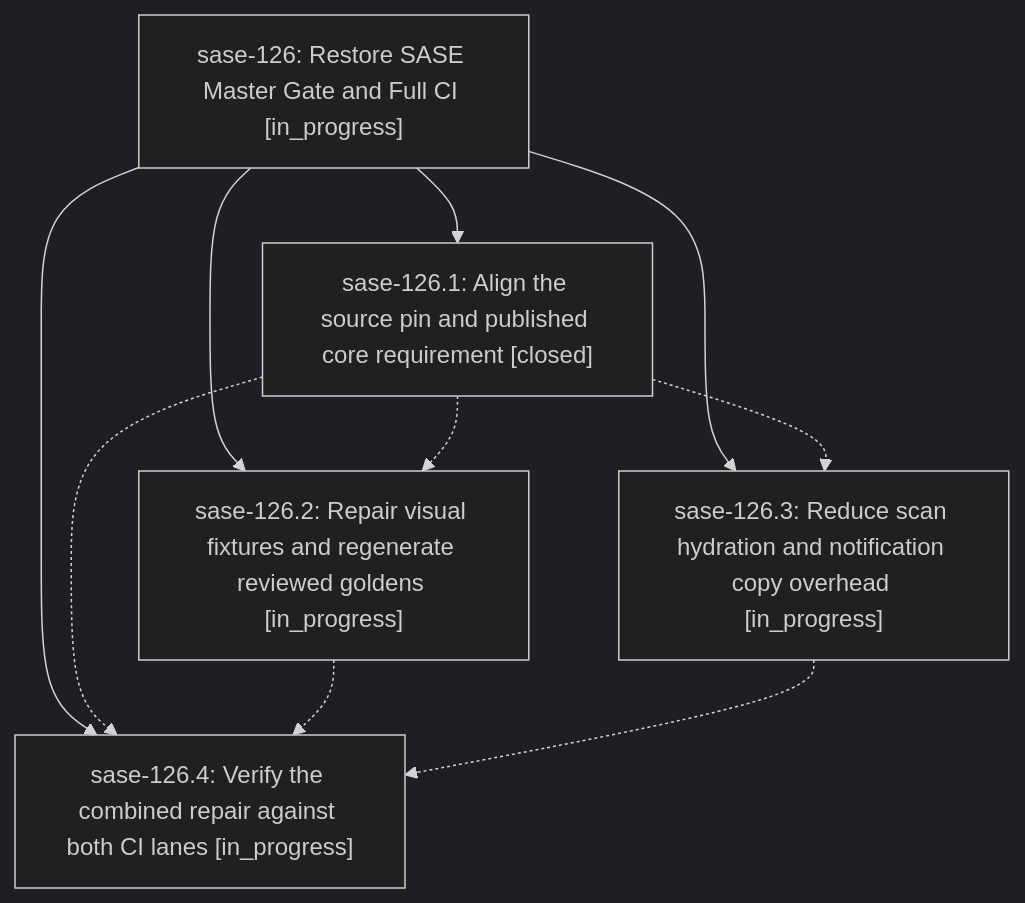
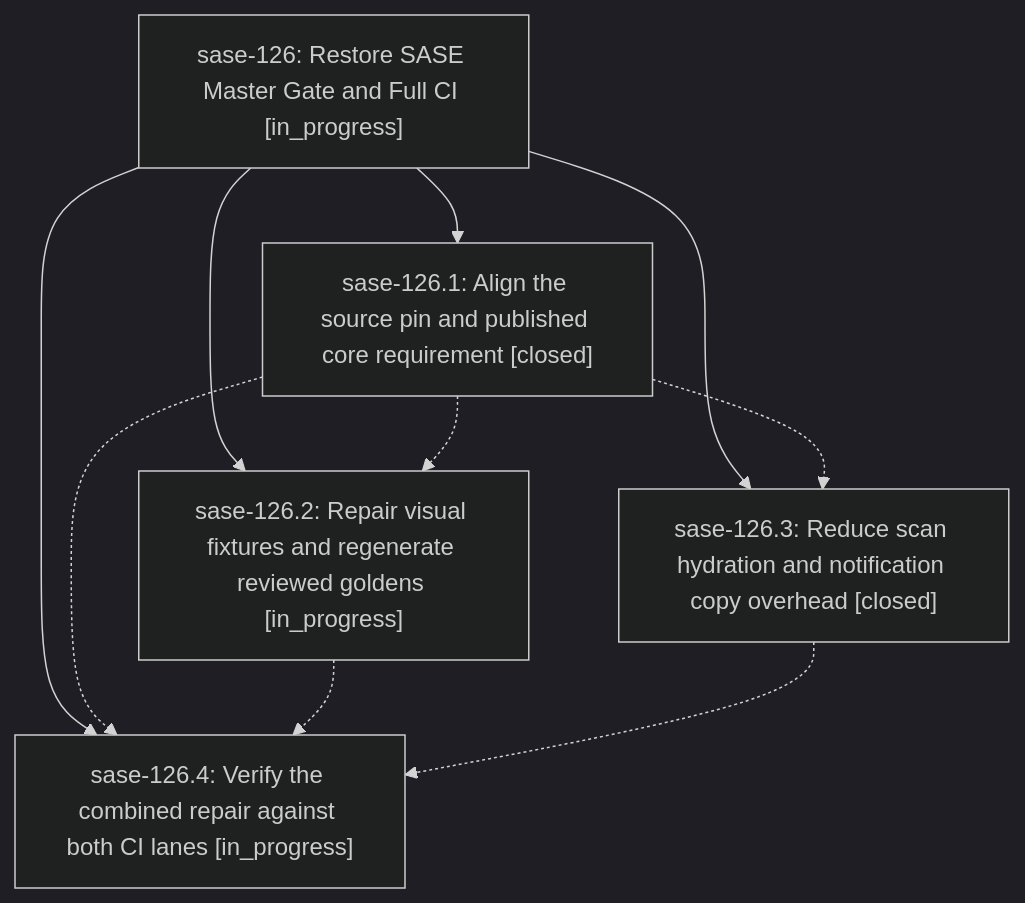
The diagram in pages/sase-126/README.md (sase-org/sase--beads), drawn with Mermaid (dark theme) before and after one commit. The commit also changed other lines of this file and 3 other files, not shown here.

````diff
--- a/pages/sase-126/README.md
+++ b/pages/sase-126/README.md
@@ -25,17 +25,17 @@
 ```mermaid
 flowchart TD
     n0["sase-126: Restore SASE Master Gate and Full CI [in_progress]"]
     n1["sase-126.1: Align the source pin and published core requirement [closed]"]
     n2["sase-126.2: Repair visual fixtures and regenerate reviewed goldens [in_progress]"]
-    n3["sase-126.3: Reduce scan hydration and notification copy overhead [in_progress]"]
+    n3["sase-126.3: Reduce scan hydration and notification copy overhead [closed]"]
     n4["sase-126.4: Verify the combined repair against both CI lanes [in_progress]"]
     n0 --> n1
     n0 --> n2
     n0 --> n3
     n0 --> n4
     n1 -.-> n2
     n1 -.-> n3
     n1 -.-> n4
     n2 -.-> n4
     n3 -.-> n4
 ```
````
